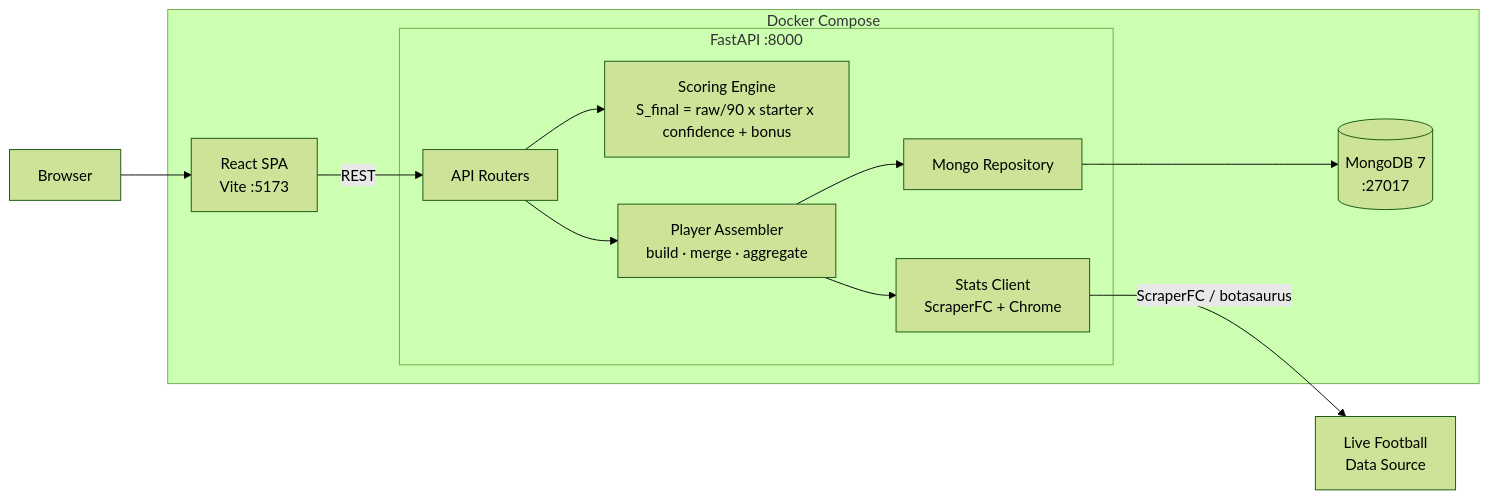
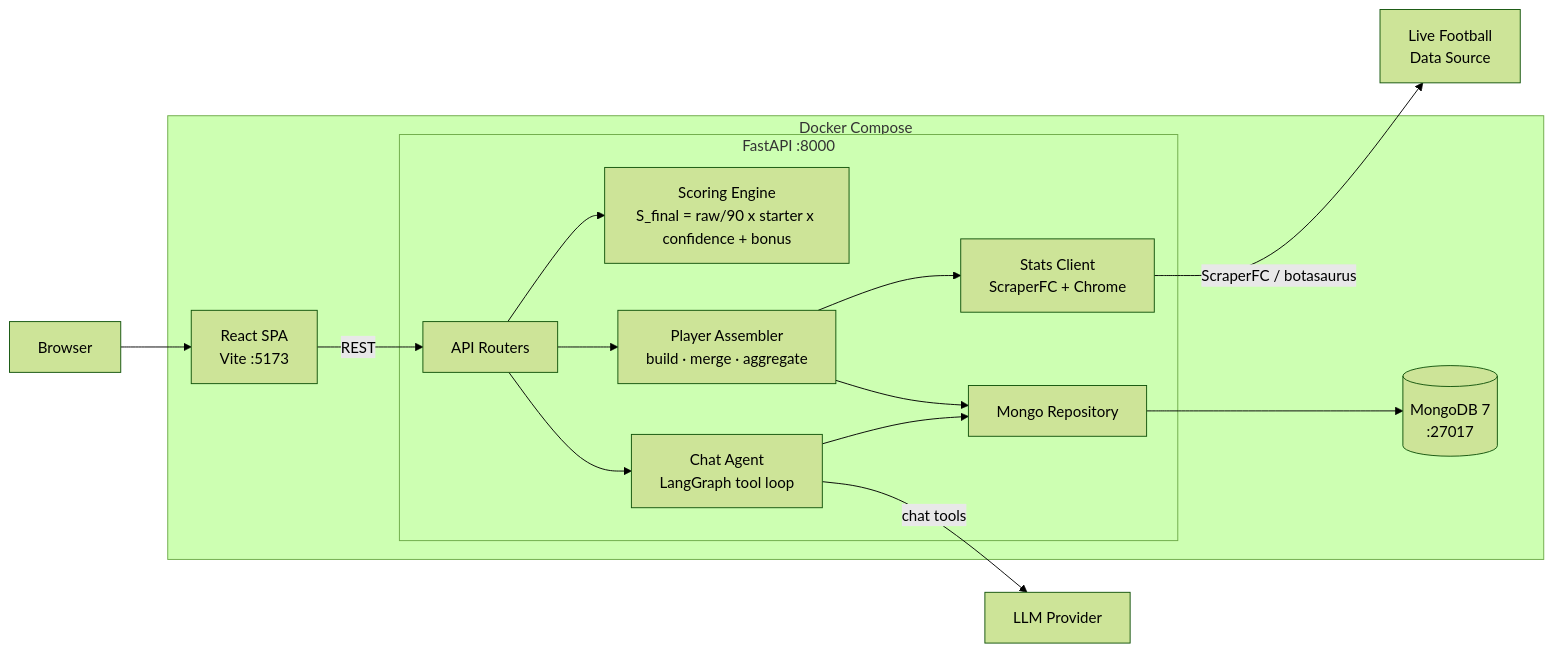
The diagram in README.md (YonatanHen/Football-Analytics), drawn with Mermaid (forest theme) before and after one commit. The commit also changed other lines of this file and 1 other file, not shown here.

Commit message:
docs: document the chatbot agent, its endpoints and configuration

````diff
--- a/README.md
+++ b/README.md
@@ -32,27 +33,32 @@
 ```mermaid
 flowchart LR
     User["Browser"]
 
     subgraph Docker["Docker Compose"]
         FE["React SPA\nVite :5173"]
         subgraph Backend["FastAPI :8000"]
             API["API Routers"]
             SE["Scoring Engine\nS_final = raw/90 x starter x confidence + bonus"]
             PA["Player Assembler\nbuild · merge · aggregate"]
             SC["Stats Client\nScraperFC + Chrome"]
             MR["Mongo Repository"]
+            CA["Chat Agent\nLangGraph tool loop"]
         end
         DB[("MongoDB 7\n:27017")]
     end
 
     EXT["Live Football\nData Source"]
+    LLM["LLM Provider"]
 
     User --> FE
     FE -- REST --> API
     API --> SE
     API --> PA
+    API --> CA
     PA --> SC
     PA --> MR
+    CA --> MR
+    CA -- "chat tools" --> LLM
     MR --> DB
     SC -- "ScraperFC / botasaurus" --> EXT
 ```
````
